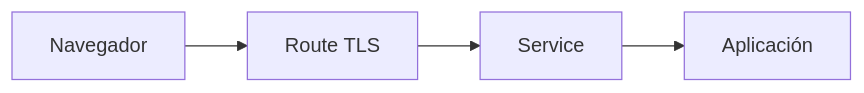
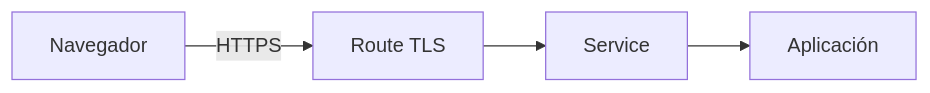
One commit to ieftraining/curso-openshift changed the eighth of 10 diagrams in docs/sesion2/2.2 Exponer aplicaciones.md. Above: the diagram before and after it, drawn with Mermaid. The commit also changed other lines of this file, not shown here.

````diff
--- a/docs/sesion2/2.2 Exponer aplicaciones.md
+++ b/docs/sesion2/2.2 Exponer aplicaciones.md
@@ -352,11 +318,10 @@
 ```mermaid
 flowchart LR
     U[Navegador]
     R[Route TLS]
     S[Service]
     A[Aplicación]
-
-    U --> R
+    U -->|HTTPS| R
     R --> S
     S --> A
 ```
````
